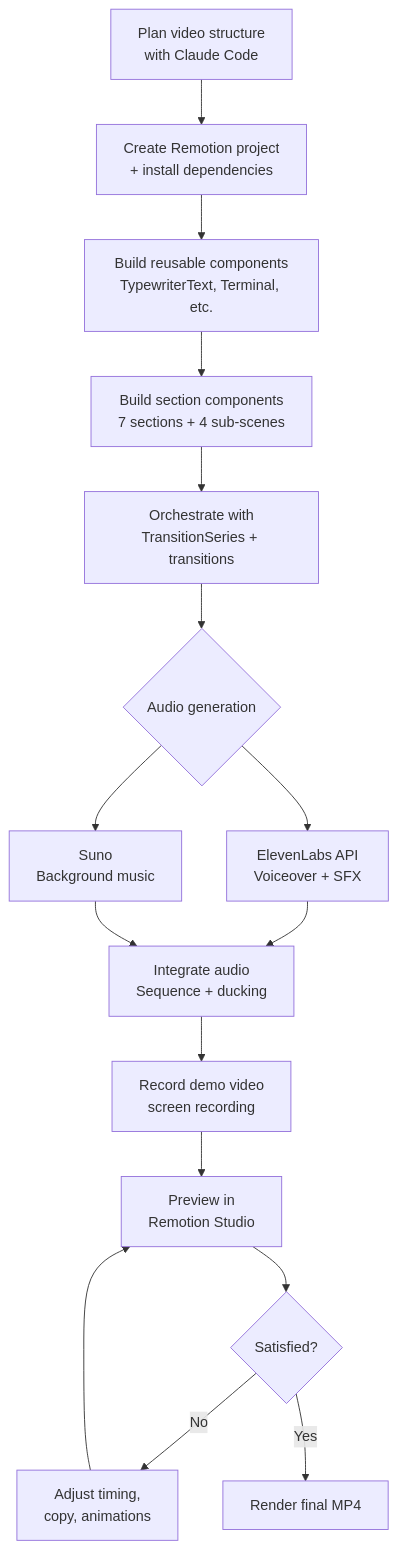
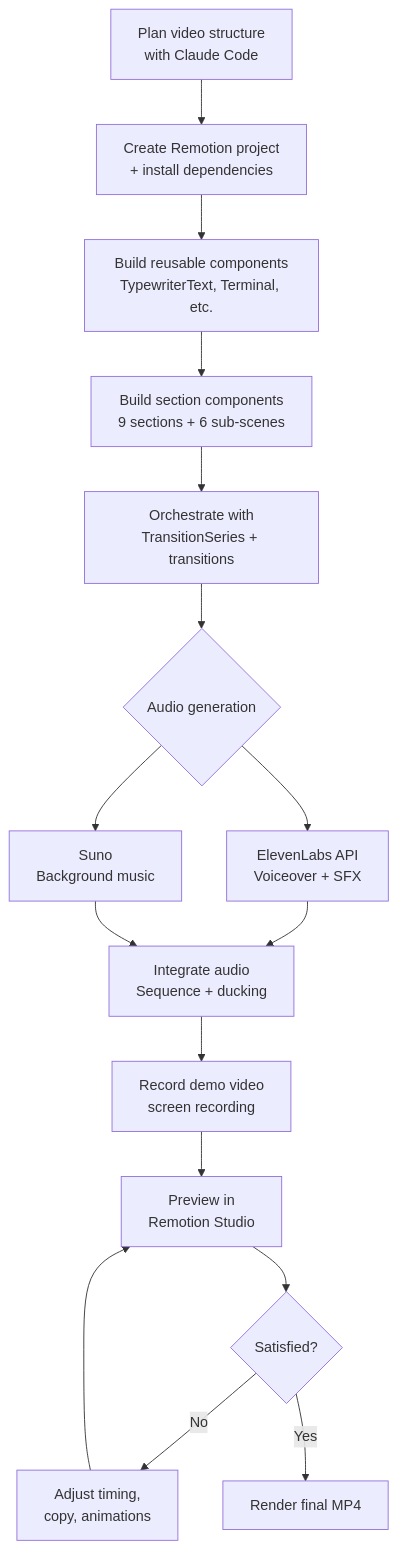
Before and after one commit to ChanMeng666/claude-code-audio-hooks-promo-video: the fourth of 4 diagrams in README.md, drawn with Mermaid. The commit also changed other lines of this file, not shown here.

````diff
--- a/README.md
+++ b/README.md
@@ -242,20 +268,20 @@
 ```mermaid
 flowchart TD
     A[Plan video structure<br/>with Claude Code] --> B[Create Remotion project<br/>+ install dependencies]
     B --> C[Build reusable components<br/>TypewriterText, Terminal, etc.]
-    C --> D[Build section components<br/>7 sections + 4 sub-scenes]
+    C --> D[Build section components<br/>9 sections + 6 sub-scenes]
     D --> E[Orchestrate with<br/>TransitionSeries + transitions]
     E --> F{Audio generation}
 
     F --> G[ElevenLabs API<br/>Voiceover + SFX]
     F --> H[Suno<br/>Background music]
 
     G --> I[Integrate audio<br/>Sequence + ducking]
     H --> I
     I --> J[Record demo video<br/>screen recording]
     J --> K[Preview in<br/>Remotion Studio]
     K --> L{Satisfied?}
     L -->|No| M[Adjust timing,<br/>copy, animations]
     M --> K
     L -->|Yes| N[Render final MP4]
 ```
````
